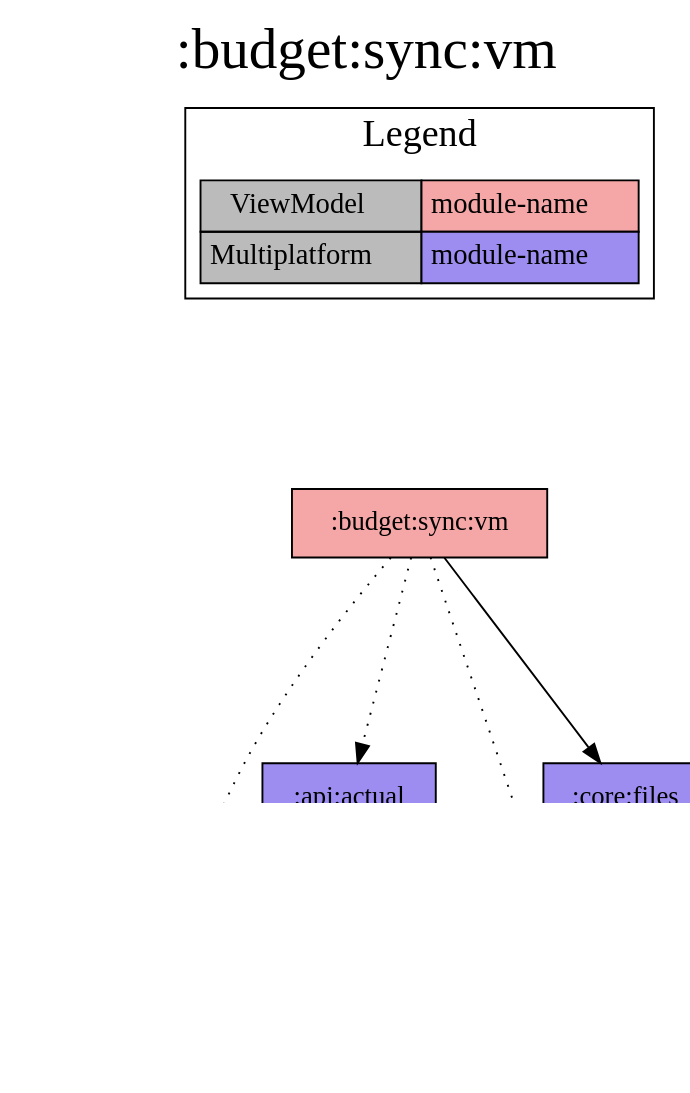
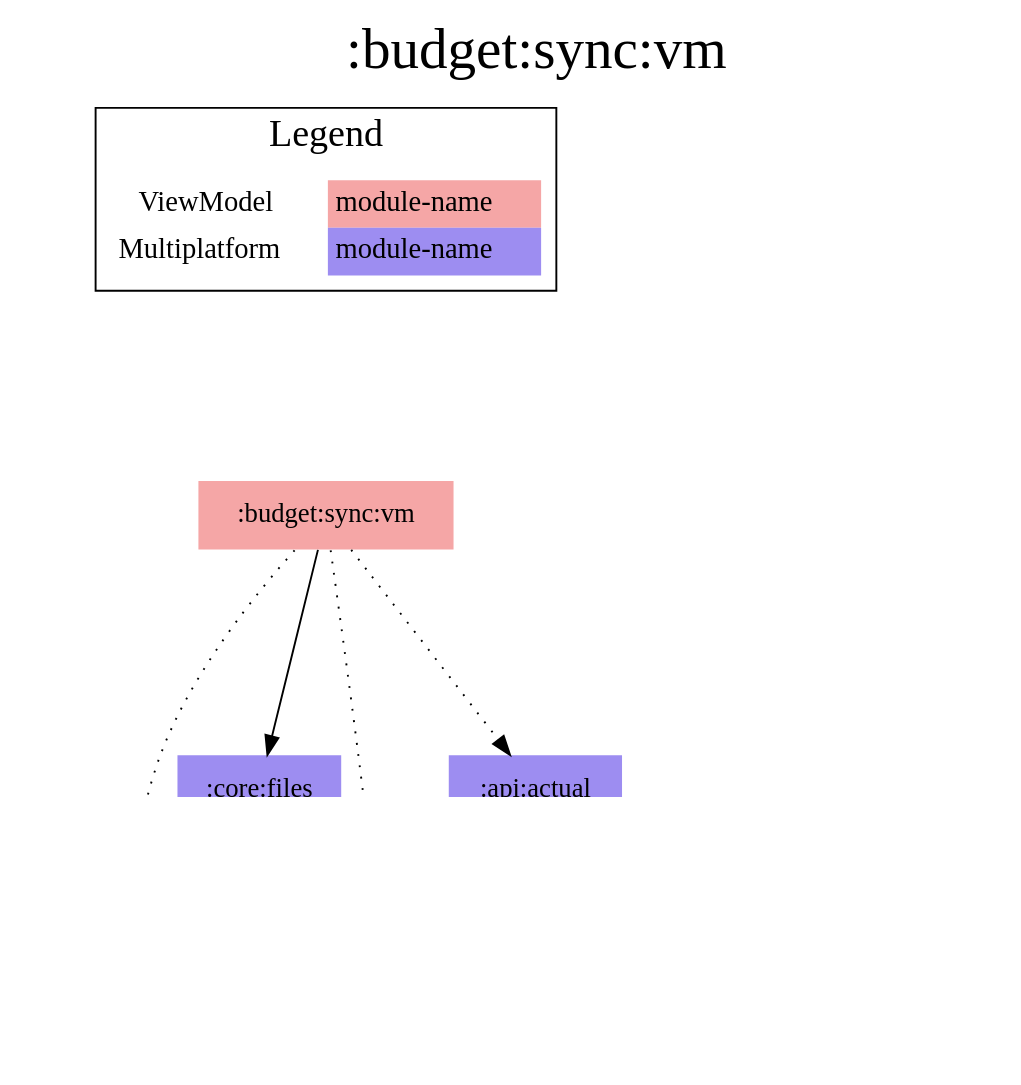
Before and after one commit to jonapoul/aktual: the diagram in modules/budget/sync/vm/project-dependency-graph.dot, drawn with Graphviz. The commit also changed 62 other files, not shown here.

Commit message:
Reworked diagrams plugin a bit

```diff
--- a/modules/budget/sync/vm/project-dependency-graph.dot
+++ b/modules/budget/sync/vm/project-dependency-graph.dot
@@ -1,33 +1,35 @@
 digraph {
 edge ["dir"="forward"]
 graph ["dpi"="100","label"=":budget:sync:vm","labelloc"="t","fontsize"="30","ranksep"="1.5","rankdir"="TB"]
 node ["style"="filled"]
-":account:model" ["fillcolor"="#9D8DF1","shape"="box"]
-":api:actual" ["fillcolor"="#9D8DF1","shape"="box"]
-":budget:model" ["fillcolor"="#9D8DF1","shape"="box"]
-":budget:sync:vm" ["fillcolor"="#F5A6A6","shape"="box"]
-":core:files" ["fillcolor"="#9D8DF1","shape"="box"]
-":url:model" ["fillcolor"="#9D8DF1","shape"="box"]
+":budget:sync:vm" ["fillcolor"="#F5A6A6","shape"="none"]
+":core:files" ["fillcolor"="#9D8DF1","shape"="none"]
+":budget:model" ["fillcolor"="#9D8DF1","shape"="none"]
+":account:model" ["fillcolor"="#9D8DF1","shape"="none"]
+":api:actual" ["fillcolor"="#9D8DF1","shape"="none"]
+":url:model" ["fillcolor"="#9D8DF1","shape"="none"]
+":codegen:annotation" ["fillcolor"="#9D8DF1","shape"="none"]
 {
 edge ["dir"="none"]
 graph ["rank"="same"]
 }
 ":api:actual" -> ":account:model"
 ":api:actual" -> ":budget:model"
+":api:actual" -> ":codegen:annotation" ["style"="dotted"]
 ":api:actual" -> ":url:model"
 ":budget:sync:vm" -> ":account:model" ["style"="dotted"]
 ":budget:sync:vm" -> ":api:actual" ["style"="dotted"]
 ":budget:sync:vm" -> ":budget:model" ["style"="dotted"]
 ":budget:sync:vm" -> ":core:files"
 ":core:files" -> ":budget:model"
 subgraph "cluster_legend" {
 edge ["dir"="none"]
 graph ["label"="Legend","fontsize"="20"]
-"Legend" ["style"="filled","fillcolor"="#bbbbbb","shape"="none","margin"="0","fontsize"="15","label"=<
-<TABLE BORDER="0" CELLBORDER="1" CELLSPACING="0" CELLPADDING="4">
+"Legend" ["style"="filled","fillcolor"="#FFFFFF","shape"="none","margin"="0","fontsize"="15","label"=<
+<TABLE BORDER="0" CELLBORDER="0" CELLSPACING="0" CELLPADDING="4">
 <TR><TD>ViewModel</TD><TD BGCOLOR="#F5A6A6">module-name</TD></TR>
 <TR><TD>Multiplatform</TD><TD BGCOLOR="#9D8DF1">module-name</TD></TR>
 </TABLE>
 >]
 } -> ":budget:sync:vm" ["style"="invis"]
 }
```
